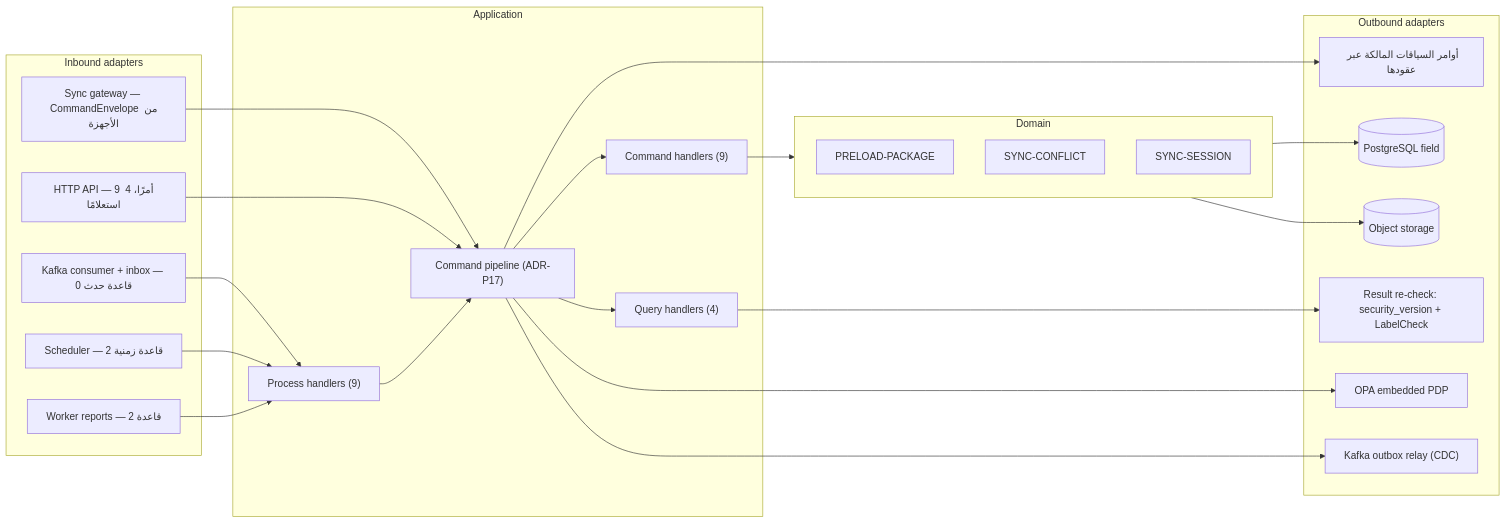
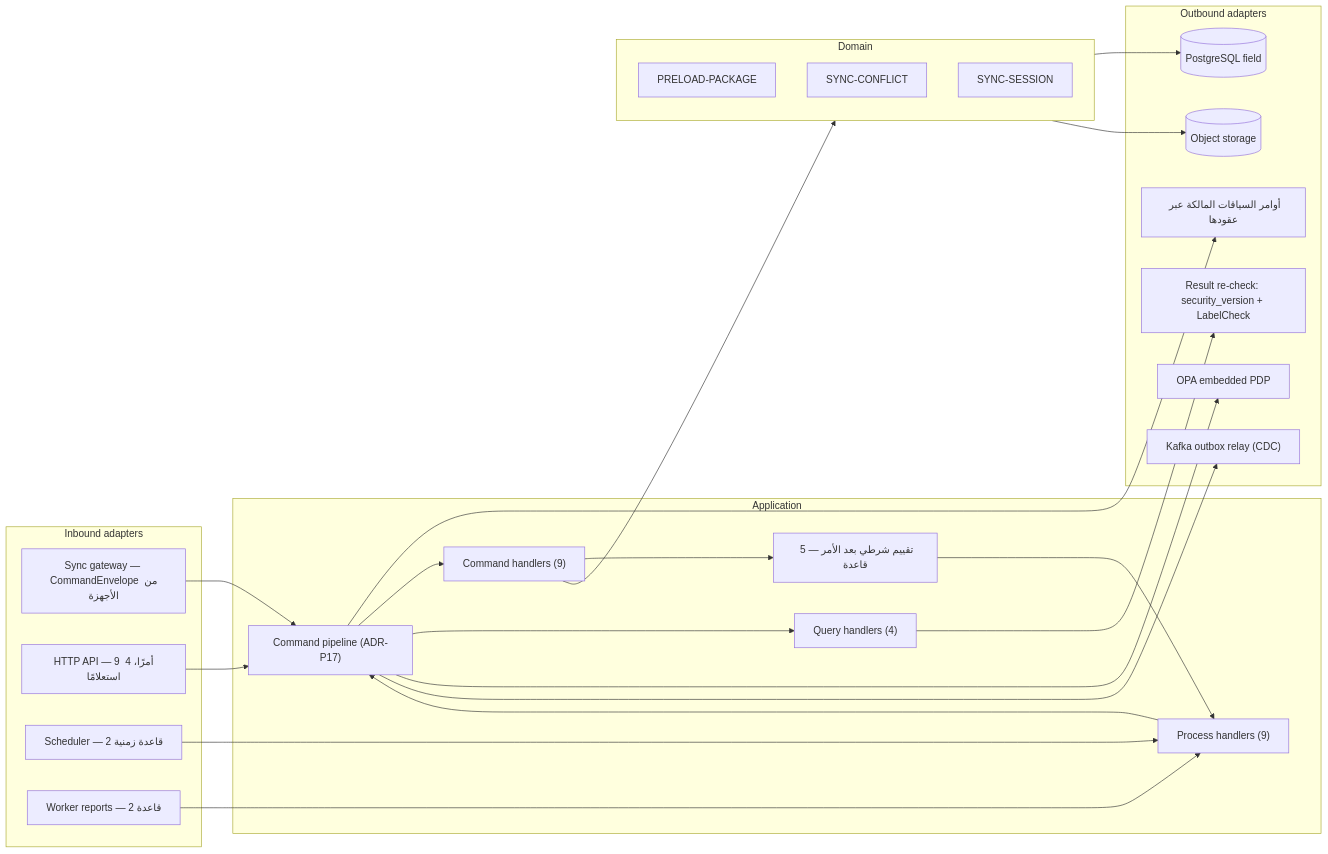
Before and after one commit to Ayoubkhattab/Planing: the tenth of 15 diagrams in spec/18-analysis-design/12-components.md, drawn with Mermaid. The commit also changed other lines of this file and 16 other files, not shown here.

````diff
--- a/spec/18-analysis-design/12-components.md
+++ b/spec/18-analysis-design/12-components.md
@@ -642,44 +661,45 @@
 ```mermaid
 flowchart LR
   subgraph IN["Inbound adapters"]
     XIN0["Sync gateway — CommandEnvelope من الأجهزة"]
     HTTP["HTTP API — 9 أمرًا، 4 استعلامًا"]
-    KAFKA["Kafka consumer + inbox — 0 قاعدة حدث"]
     SCHED["Scheduler — 2 قاعدة زمنية"]
     WORK["Worker reports — 2 قاعدة"]
   end
   subgraph APP["Application"]
     PIPE["Command pipeline (ADR-P17)"]
     CH["Command handlers (9)"]
     QH["Query handlers (4)"]
+    POST["تقييم شرطي بعد الأمر — 5 قاعدة"]
     PH["Process handlers (9)"]
   end
   subgraph DOM["Domain"]
     AGG_PRELOAD_PACKAGE["PRELOAD-PACKAGE"]
     AGG_SYNC_CONFLICT["SYNC-CONFLICT"]
     AGG_SYNC_SESSION["SYNC-SESSION"]
   end
   subgraph OUT["Outbound adapters"]
     DB_field[("PostgreSQL field")]
     OPA["OPA embedded PDP"]
     RECHECK["Result re-check: security_version + LabelCheck"]
     S3[("Object storage")]
     BUS["Kafka outbox relay (CDC)"]
     XOUT0["أوامر السياقات المالكة عبر عقودها"]
   end
   XIN0 --> PIPE
   PIPE --> XOUT0
   HTTP --> PIPE
-  KAFKA --> PH
+  CH --> POST
+  POST --> PH
   SCHED --> PH
   WORK --> PH
   PIPE --> CH
   PIPE --> QH
   PH --> PIPE
   CH --> DOM
   DOM --> DB_field
   PIPE --> OPA
   QH --> RECHECK
   DOM --> S3
   PIPE --> BUS
 ```
````
